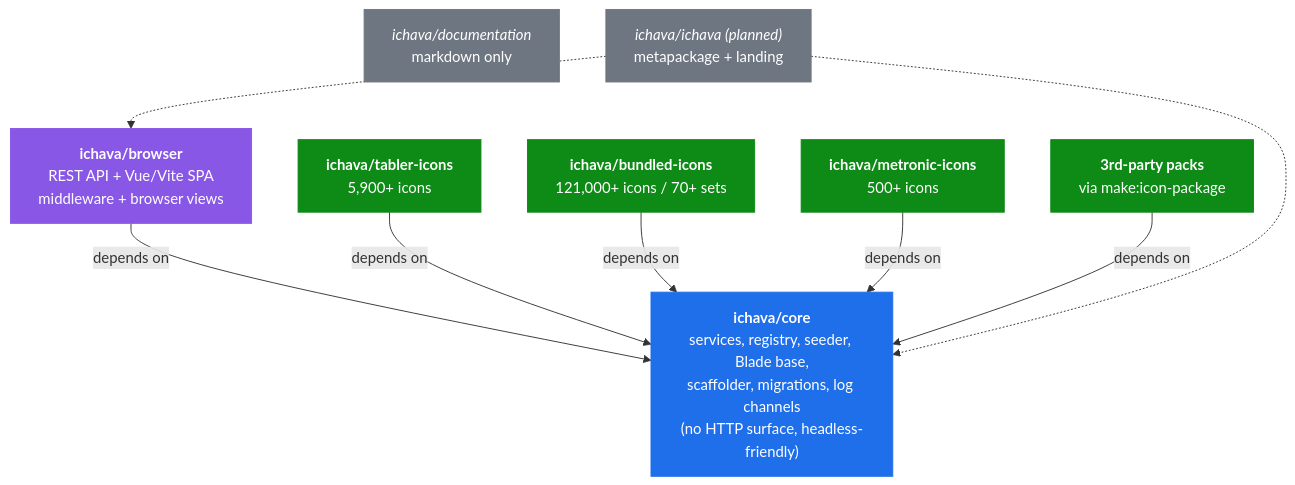
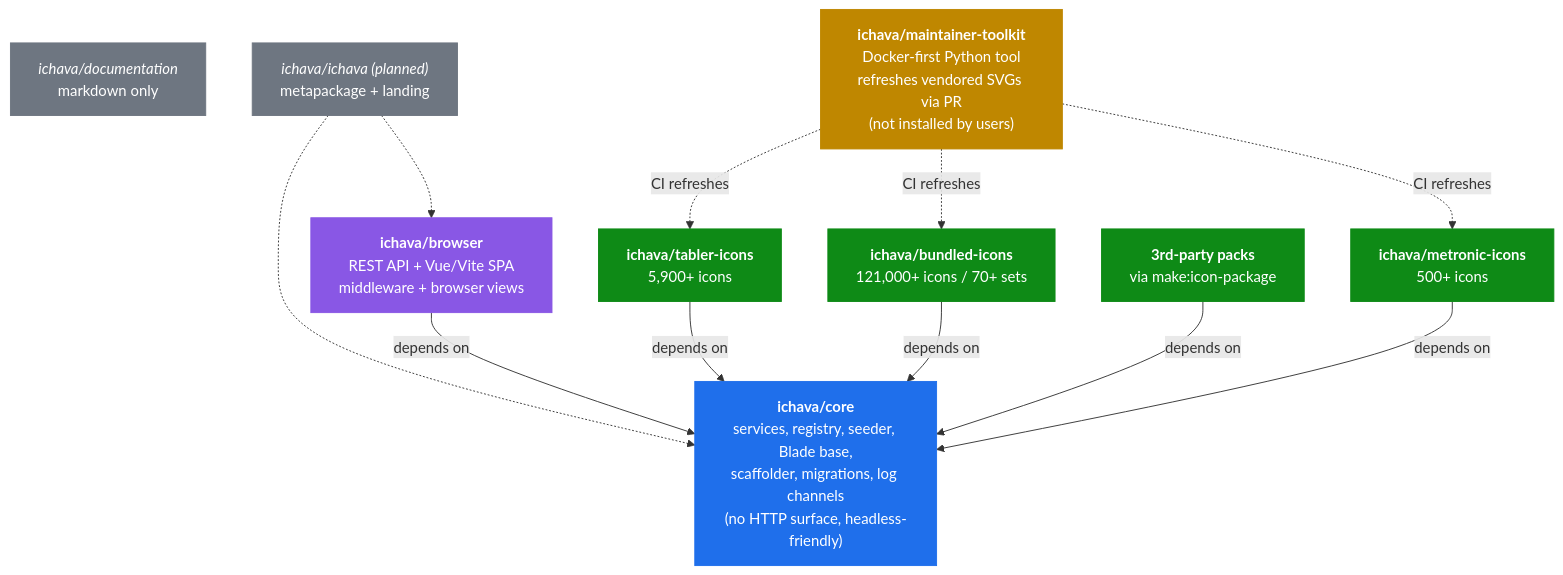
The first of 3 diagrams in architecture.md (ichava/documentation), drawn with Mermaid before and after one commit.

Commit message:
docs(architecture): add maintainer-toolkit to package topology diagram
The Mermaid topology lacked the maintainer-toolkit node. Added as a
4th visual class (tooling, amber) with dashed "CI refreshes" edges
into each icon pack so the runtime/maintainer distinction is visible
at a glance: solid arrows = composer require dependencies; dashed
arrows = CI/CD refresh path.

````diff
--- a/architecture.md
+++ b/architecture.md
@@ -11,28 +11,34 @@
 ```mermaid
 flowchart TB
     core["<b>ichava/core</b><br/>services, registry, seeder, Blade base,<br/>scaffolder, migrations, log channels<br/>(no HTTP surface, headless-friendly)"]
     browser["<b>ichava/browser</b><br/>REST API + Vue/Vite SPA<br/>middleware + browser views"]
     tabler["<b>ichava/tabler-icons</b><br/>5,900+ icons"]
     bundled["<b>ichava/bundled-icons</b><br/>121,000+ icons / 70+ sets"]
     metronic["<b>ichava/metronic-icons</b><br/>500+ icons"]
     third["<b>3rd-party packs</b><br/>via make:icon-package"]
     docs["<i>ichava/documentation</i><br/>markdown only"]
     meta["<i>ichava/ichava (planned)</i><br/>metapackage + landing"]
+    toolkit["<b>ichava/maintainer-toolkit</b><br/>Docker-first Python tool<br/>refreshes vendored SVGs via PR<br/>(not installed by users)"]
 
     browser -- depends on --> core
     tabler -- depends on --> core
     bundled -- depends on --> core
     metronic -- depends on --> core
     third -- depends on --> core
     meta -.-> core
     meta -.-> browser
+    toolkit -. CI refreshes .-> tabler
+    toolkit -. CI refreshes .-> bundled
+    toolkit -. CI refreshes .-> metronic
 
     classDef engine fill:#1f6feb,stroke:#1f6feb,color:#fff
     classDef http fill:#8957e5,stroke:#8957e5,color:#fff
     classDef pack fill:#0e8a16,stroke:#0e8a16,color:#fff
     classDef other fill:#6e7681,stroke:#6e7681,color:#fff
+    classDef tooling fill:#bf8700,stroke:#bf8700,color:#fff
     class core engine
     class browser http
     class tabler,bundled,metronic,third pack
     class docs,meta other
+    class toolkit tooling
 ```
````
